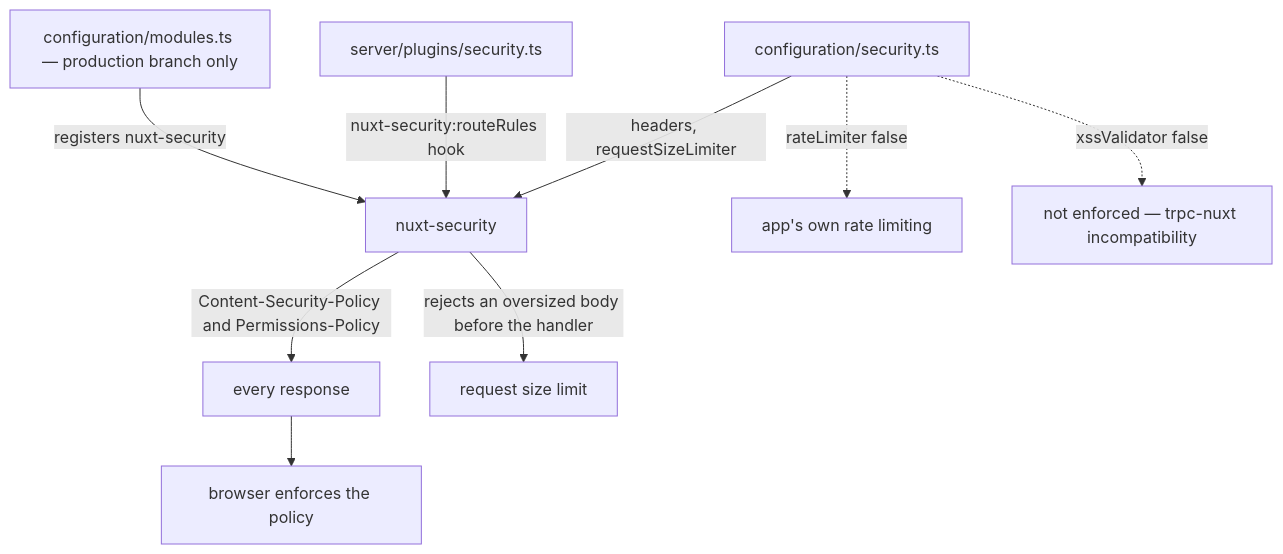
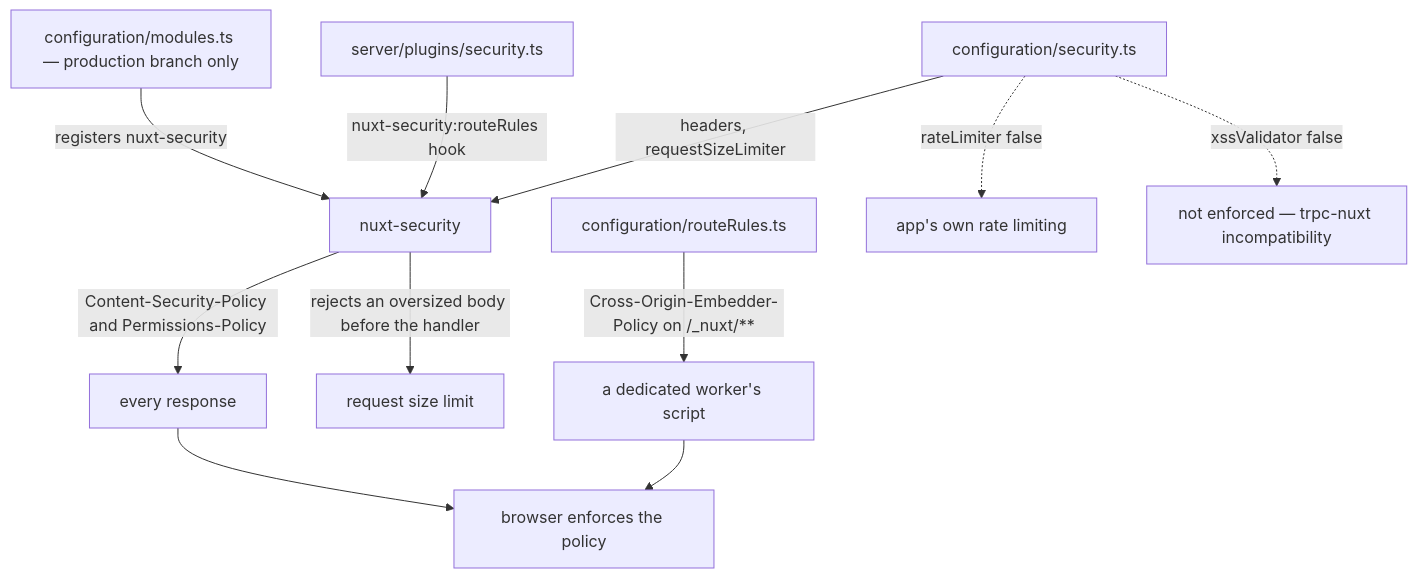
Before and after one commit to Esposter/Esposter: the diagram in apps/web/content/docs/architecture/security-posture.md, drawn with Mermaid. The commit also changed other lines of this file and 1 other file, not shown here.

First line of the commit message:
fix(web): built scripts send the embedder policy, so the agent console's chunk worker starts in production

````diff
--- a/apps/web/content/docs/architecture/security-posture.md
+++ b/apps/web/content/docs/architecture/security-posture.md
@@ -14,11 +14,13 @@
 ```mermaid
 flowchart TD
   modules["configuration/modules.ts — production branch only"] -->|"registers nuxt-security"| module["nuxt-security"]
   config["configuration/security.ts"] -->|"headers, requestSizeLimiter"| module
   plugin["server/plugins/security.ts"] -->|"nuxt-security:routeRules hook"| module
   module -->|"Content-Security-Policy and Permissions-Policy"| response["every response"]
   module -->|"rejects an oversized body before the handler"| upload["request size limit"]
   response --> browser["browser enforces the policy"]
+  rules["configuration/routeRules.ts"] -->|"Cross-Origin-Embedder-Policy on /_nuxt/**"| worker["a dedicated worker's script"]
+  worker --> browser
   config -.->|"rateLimiter false"| rate["app's own rate limiting"]
   config -.->|"xssValidator false"| xss["not enforced — trpc-nuxt incompatibility"]
 ```
````
